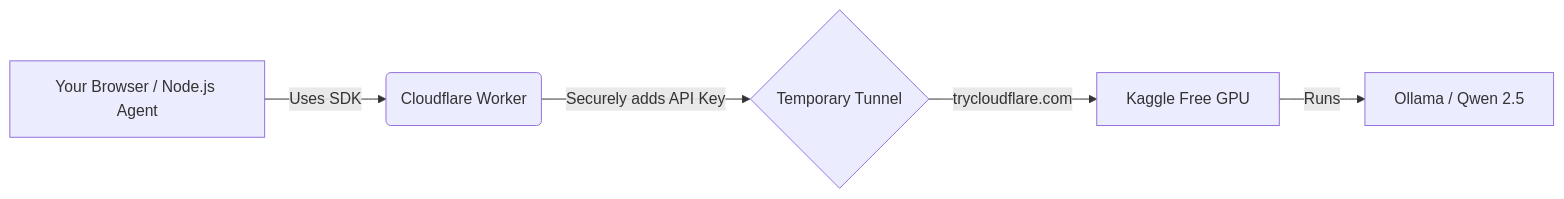
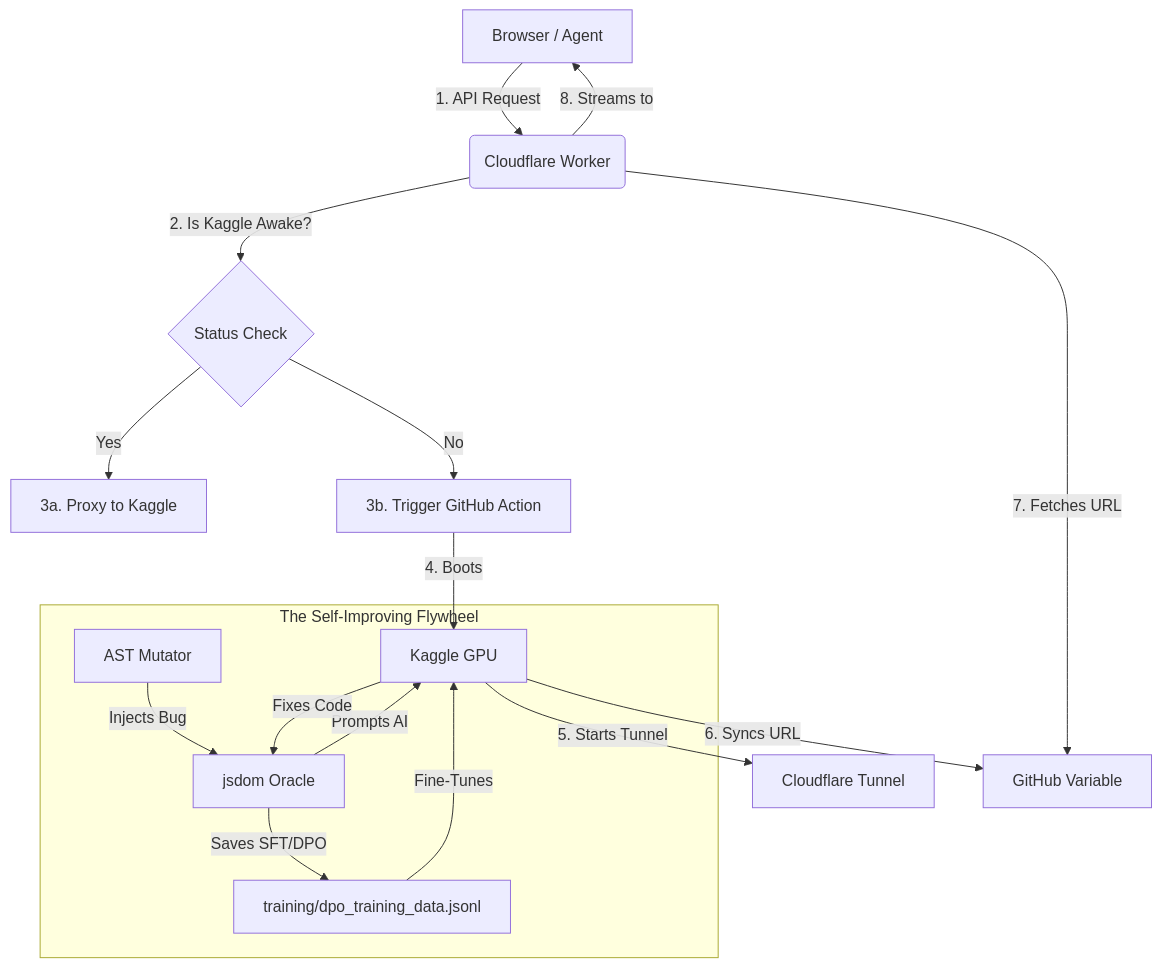
One commit to suryasticsai/skritimai changed the diagram in README.md. Above: the diagram before and after it, drawn with Mermaid. The commit also changed other lines of this file, not shown here.

````diff
--- a/README.md
+++ b/README.md
@@ -39,7 +52,20 @@
 ```mermaid
-graph LR
-    A[Your Browser / Node.js Agent] -->|Uses SDK| B(Cloudflare Worker)
-    B -->|Securely adds API Key| C{Temporary Tunnel}
-    C -->|trycloudflare.com| D[Kaggle Free GPU]
-    D -->|Runs| E[Ollama / Qwen 2.5]
+graph TD
+    Client[Browser / Agent] -->|1. API Request| Worker(Cloudflare Worker)
+    Worker -->|2. Is Kaggle Awake?| Check{Status Check}
+    Check -->|Yes| Proxy[3a. Proxy to Kaggle]
+    Check -->|No| Trigger[3b. Trigger GitHub Action]
+    Trigger -->|4. Boots| Kaggle[Kaggle GPU]
+    Kaggle -->|5. Starts Tunnel| Tunnel[Cloudflare Tunnel]
+    Kaggle -->|6. Syncs URL| GHVar[GitHub Variable]
+    Worker -->|7. Fetches URL| GHVar
+    Worker -->|8. Streams to| Client
+
+    subgraph The Self-Improving Flywheel
+    Mutator[AST Mutator] -->|Injects Bug| Oracle[jsdom Oracle]
+    Oracle -->|Prompts AI| Kaggle
+    Kaggle -->|Fixes Code| Oracle
+    Oracle -->|Saves SFT/DPO| Dataset[training/dpo_training_data.jsonl]
+    Dataset -->|Fine-Tunes| Kaggle
+    end
 ```
````
